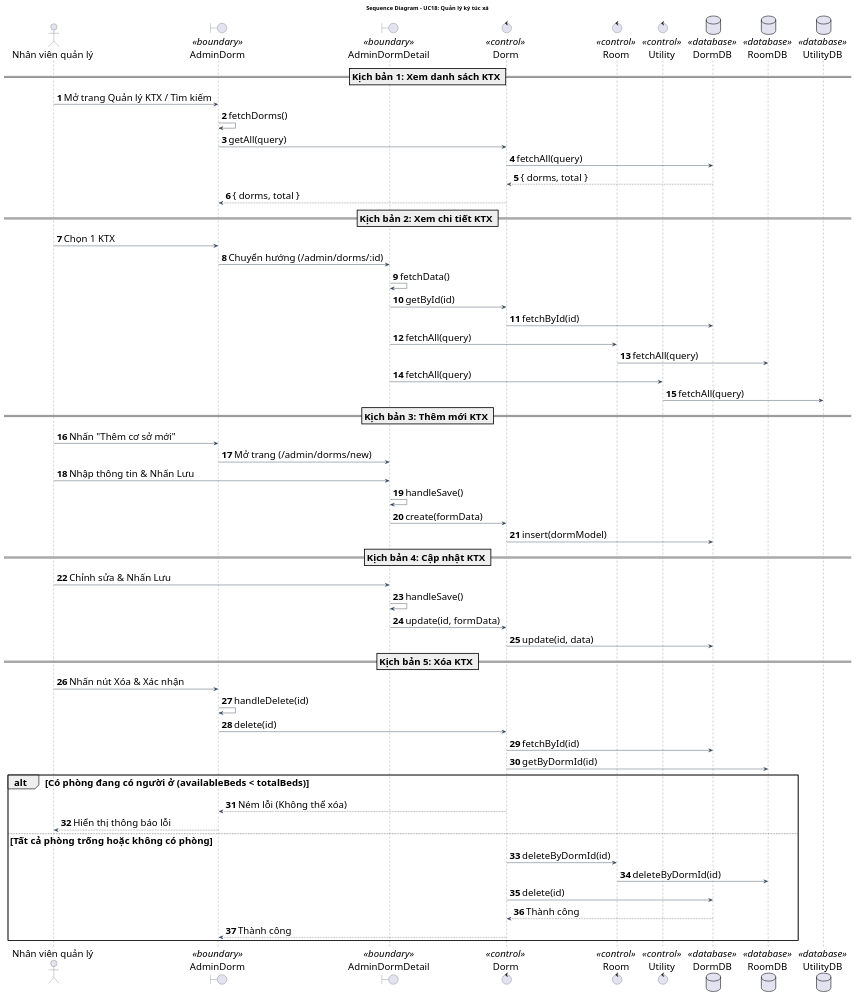
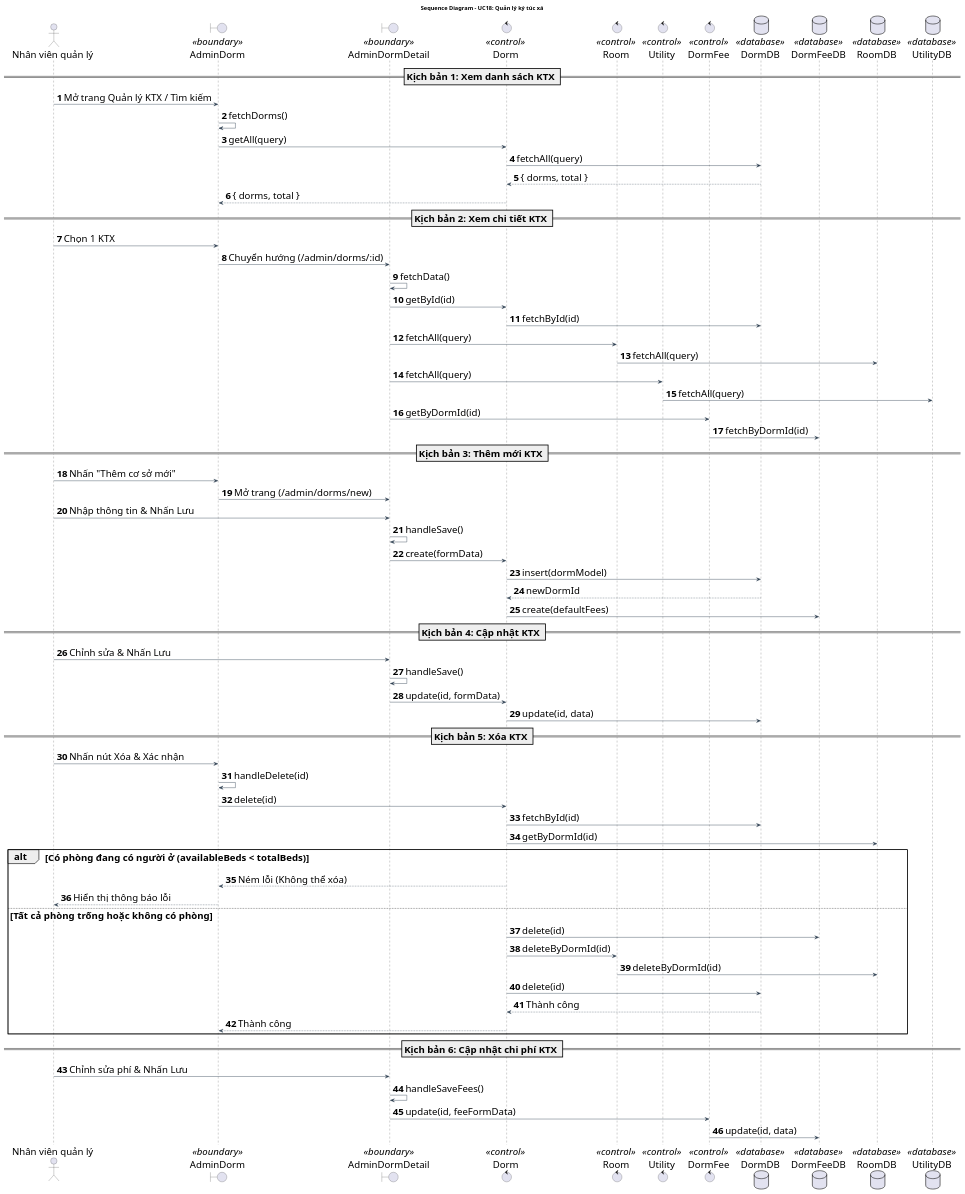
The diagram in doc/system/quan_ly_ky_tuc_xa/QuanLyKyTucXa_SequenceDiagram.wsd (Gnourt812005/HCMUS-Analyze-and-desgin-IS), drawn with PlantUML before and after one commit. The commit also changed 10 other files, not shown here.

Commit message:
truong/code: add dorm fee

```diff
--- a/doc/system/quan_ly_ky_tuc_xa/QuanLyKyTucXa_SequenceDiagram.wsd
+++ b/doc/system/quan_ly_ky_tuc_xa/QuanLyKyTucXa_SequenceDiagram.wsd
@@ -1,78 +1,91 @@
 @startuml QuanLyKyTucXa_SequenceDiagram
 title Sequence Diagram - UC18: Quản lý ký túc xá
 
 ' --- STYLE CONFIGURATION ---
 skinparam {
     BackgroundColor White
     ArrowColor #2D3E50
     DefaultFontName "Arial"
     DefaultFontSize 24
     ParticipantPadding 20
     BoxPadding 10
 }
 
 actor "Nhân viên quản lý" as Actor
 boundary "AdminDorm" as MainGUI <<boundary>>
 boundary "AdminDormDetail" as DetailGUI <<boundary>>
 control "Dorm" as BUS <<control>>
 control "Room" as ROOM <<control>>
 control "Utility" as UTIL <<control>>
+control "DormFee" as FEE <<control>>
 database "DormDB" as DB <<database>>
+database "DormFeeDB" as FDB <<database>>
 database "RoomDB" as RDB <<database>>
 database "UtilityDB" as UDB <<database>>
 
 autonumber
 
 
 == Kịch bản 1: Xem danh sách KTX ==
 Actor -> MainGUI: Mở trang Quản lý KTX / Tìm kiếm
 MainGUI -> MainGUI: fetchDorms()
 MainGUI -> BUS: getAll(query)
 BUS -> DB: fetchAll(query)
 DB --> BUS: { dorms, total }
 BUS --> MainGUI: { dorms, total }
 
 == Kịch bản 2: Xem chi tiết KTX ==
 Actor -> MainGUI: Chọn 1 KTX
 MainGUI -> DetailGUI: Chuyển hướng (/admin/dorms/:id)
 DetailGUI -> DetailGUI: fetchData()
 DetailGUI -> BUS: getById(id)
 BUS -> DB: fetchById(id)
 DetailGUI -> ROOM: fetchAll(query)
 ROOM -> RDB: fetchAll(query)
 DetailGUI -> UTIL: fetchAll(query)
 UTIL -> UDB: fetchAll(query)
+DetailGUI -> FEE: getByDormId(id)
+FEE -> FDB: fetchByDormId(id)
 
 == Kịch bản 3: Thêm mới KTX ==
 Actor -> MainGUI: Nhấn "Thêm cơ sở mới"
 MainGUI -> DetailGUI: Mở trang (/admin/dorms/new)
 Actor -> DetailGUI: Nhập thông tin & Nhấn Lưu
 DetailGUI -> DetailGUI: handleSave()
 DetailGUI -> BUS: create(formData)
 BUS -> DB: insert(dormModel)
+DB --> BUS: newDormId
+BUS -> FDB: create(defaultFees)
 
 == Kịch bản 4: Cập nhật KTX ==
 Actor -> DetailGUI: Chỉnh sửa & Nhấn Lưu
 DetailGUI -> DetailGUI: handleSave()
 DetailGUI -> BUS: update(id, formData)
 BUS -> DB: update(id, data)
 
 == Kịch bản 5: Xóa KTX ==
 Actor -> MainGUI: Nhấn nút Xóa & Xác nhận
 MainGUI -> MainGUI: handleDelete(id)
 MainGUI -> BUS: delete(id)
 BUS -> DB: fetchById(id)
 BUS -> RDB: getByDormId(id)
 alt Có phòng đang có người ở (availableBeds < totalBeds)
     BUS --> MainGUI: Ném lỗi (Không thể xóa)
     MainGUI --> Actor: Hiển thị thông báo lỗi
 else Tất cả phòng trống hoặc không có phòng
+    BUS -> FDB: delete(id)
     BUS -> ROOM: deleteByDormId(id)
     ROOM -> RDB: deleteByDormId(id)
     BUS -> DB: delete(id)
     DB --> BUS: Thành công
     BUS --> MainGUI: Thành công
 end
 
 
+== Kịch bản 6: Cập nhật chi phí KTX ==
+Actor -> DetailGUI: Chỉnh sửa phí & Nhấn Lưu
+DetailGUI -> DetailGUI: handleSaveFees()
+DetailGUI -> FEE: update(id, feeFormData)
+FEE -> FDB: update(id, data)
+
 @enduml
```
